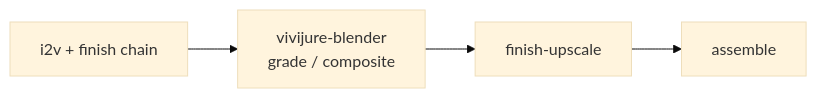
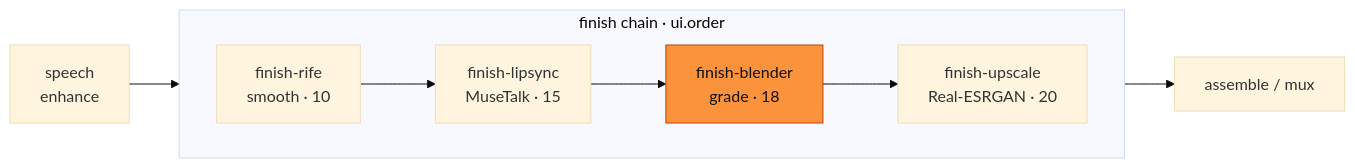
Before and after one commit to skyphusion-labs/vivijure-blender: the second of 3 diagrams in README.md, drawn with Mermaid (base theme). The commit also changed other lines of this file, not shown here.

First line of the commit message:
docs: constellation + finish-chain mermaid flowcharts in README (#3)

````diff
--- a/README.md
+++ b/README.md
@@ -10,6 +76,16 @@
 ```mermaid
 flowchart LR
-  i2v["i2v + finish chain"] --> bl["vivijure-blender<br/>grade / composite"]
-  bl --> up["finish-upscale"]
-  up --> asm["assemble"]
+  sp["speech<br/>enhance"]
+  subgraph finish["finish chain · ui.order"]
+    direction LR
+    rife["finish-rife<br/>smooth · 10"]
+    ls["finish-lipsync<br/>MuseTalk · 15"]
+    bl["finish-blender<br/>grade · 18"]
+    up["finish-upscale<br/>Real-ESRGAN · 20"]
+  end
+  asm["assemble / mux"]
+
+  sp --> rife --> ls --> bl --> up --> asm
+
+  style bl fill:#fb923c,stroke:#c2410c,color:#111
 ```
````
